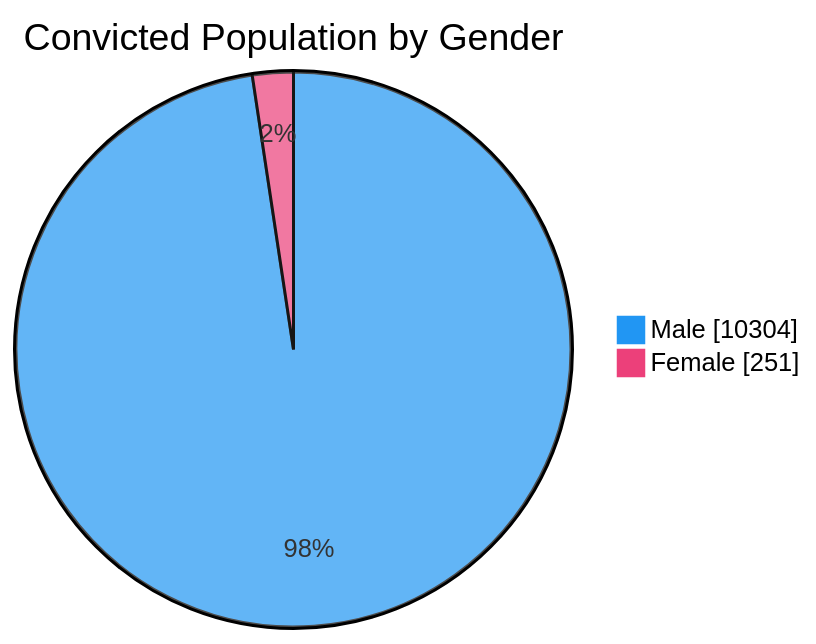
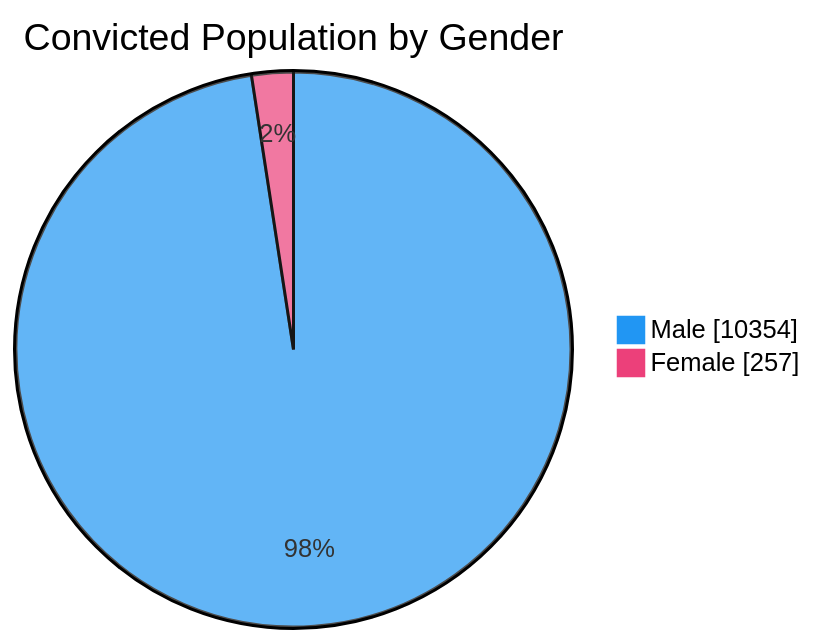
The third of 7 diagrams in README.md (nuuuwan/lk_prisons), drawn with Mermaid before and after one commit. The commit also changed other lines of this file and 1 other file, not shown here.

````diff
--- a/README.md
+++ b/README.md
@@ -65,6 +65,6 @@
 ```mermaid
 %%{init: {'themeVariables': {'pie1': '#2196F3', 'pie2': '#EC407A'}}}%%
 pie showData title Convicted Population by Gender
-    "Male" : 10304
-    "Female" : 251
+    "Male" : 10354
+    "Female" : 257
 ```
````
